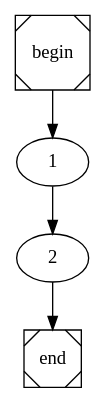
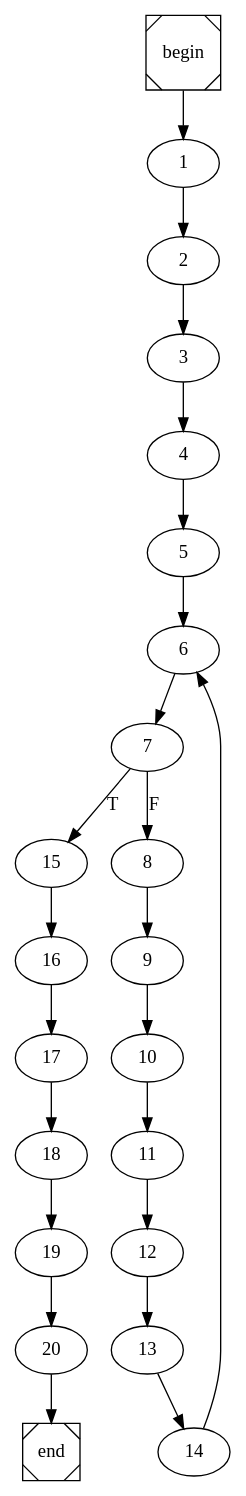
One commit to miguelazevedolopes/FEUP-COMP changed the diagram in main.dot. Above: the diagram before and after it, drawn with Graphviz. The commit also changed 3 other files, not shown here.

```diff
--- a/main.dot
+++ b/main.dot
@@ -1,4 +1,4 @@
 digraph cfg {
 	begin [shape=Msquare];
 	end [shape=Msquare];
-	begin -> 1;	1 -> 2;	2 -> end;}
+	begin -> 1;	1 -> 2;	2 -> 3;	3 -> 4;	4 -> 5;	5 -> 6;	6 -> 7;	7 -> 15[label=T];	7 -> 8[label=F];	8 -> 9;	9 -> 10;	10 -> 11;	11 -> 12;	12 -> 13;	13 -> 14;	14 -> 6;	15 -> 16;	16 -> 17;	17 -> 18;	18 -> 19;	19 -> 20;	20 -> end;}
```
